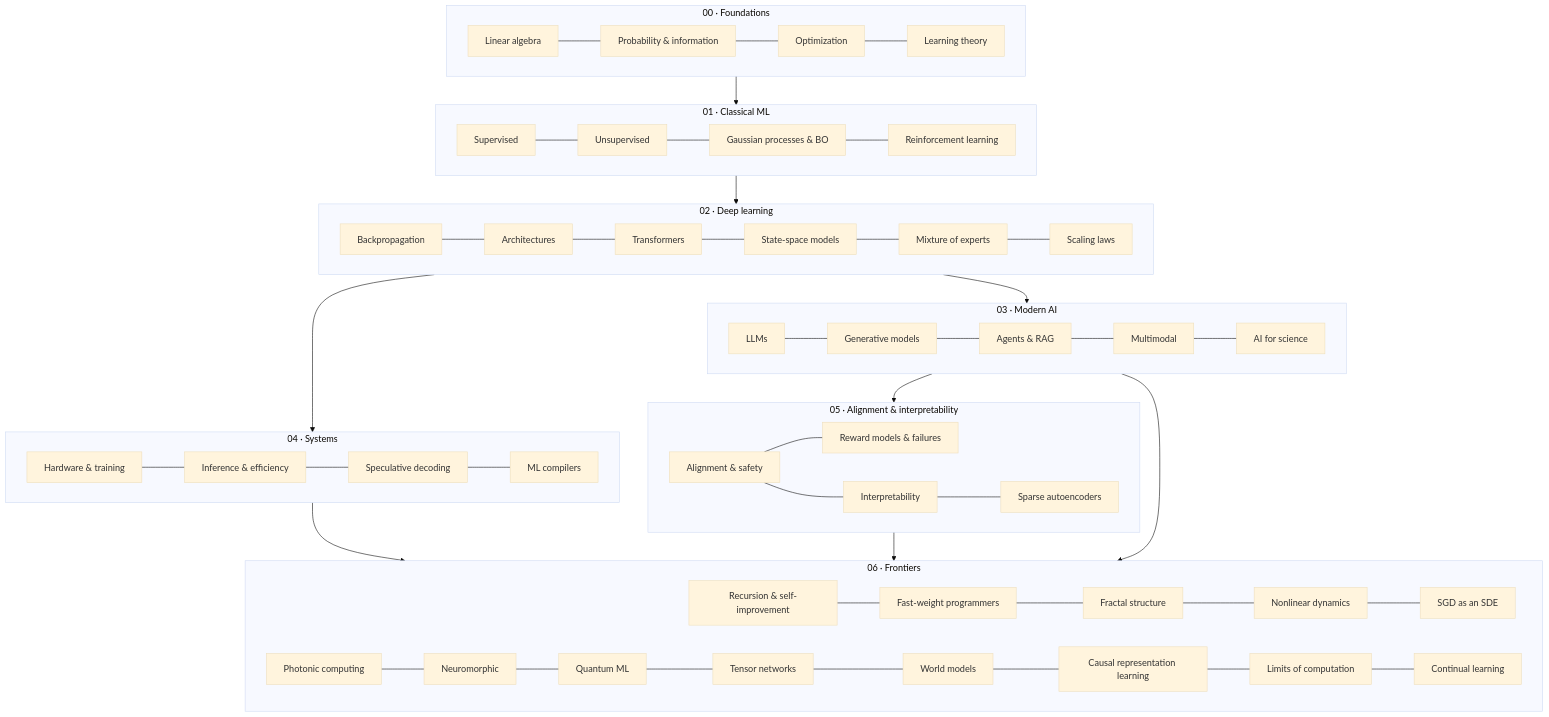
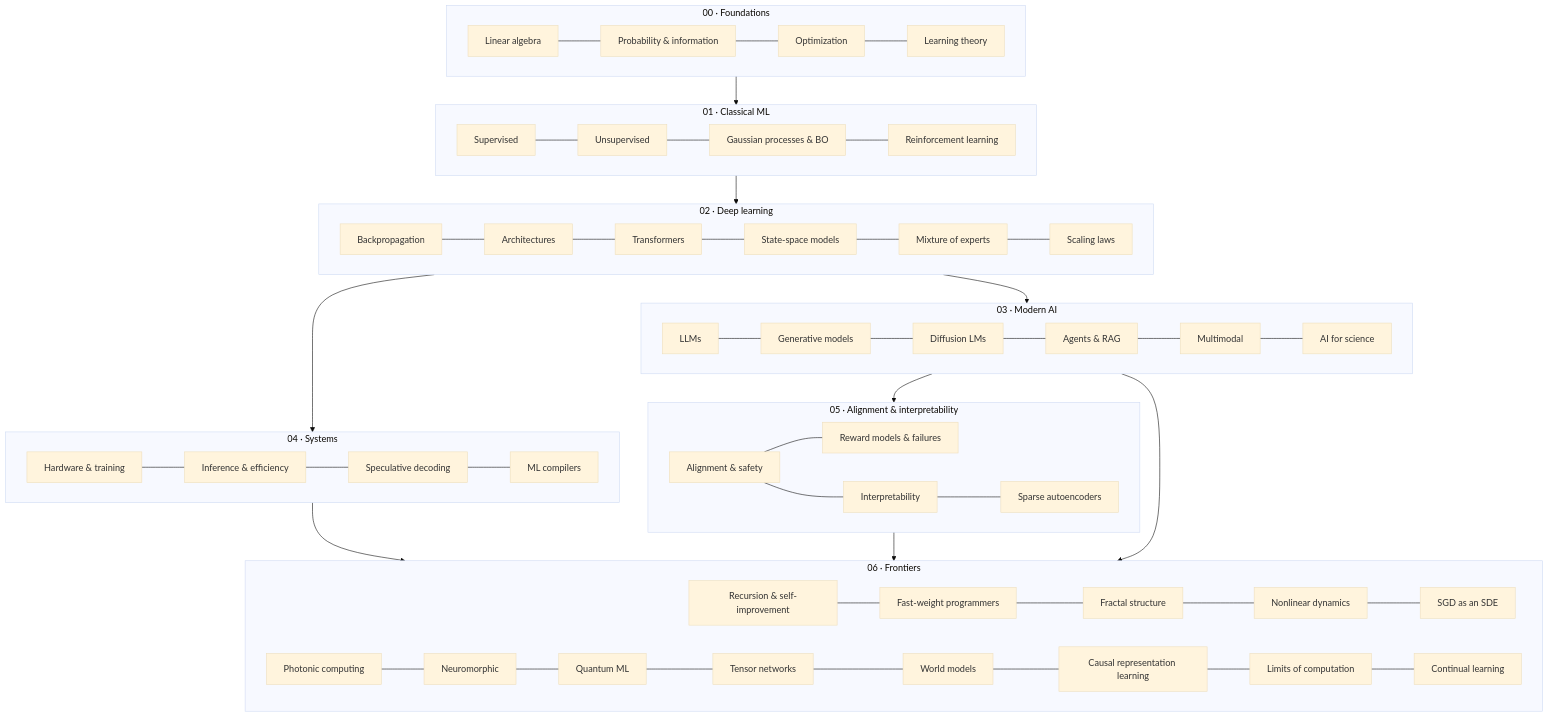
One commit to marcpoliquin5/understanding-ai changed the diagram in README.md. Above: the diagram before and after it, drawn with Mermaid (base theme). The commit also changed other lines of this file and 6 other files, not shown here.

Commit message:
Add Diffusion language models page (Modern AI) with tested sketch and 30 new checked references

````diff
--- a/README.md
+++ b/README.md
@@ -30,32 +30,32 @@
 ```mermaid
 flowchart TB
     subgraph F[00 · Foundations]
         F1[Linear algebra] --- F2[Probability & information] --- F3[Optimization] --- F4[Learning theory]
     end
     subgraph C[01 · Classical ML]
         C1[Supervised] --- C2[Unsupervised] --- C4[Gaussian processes & BO] --- C3[Reinforcement learning]
     end
     subgraph D[02 · Deep learning]
         D1[Backpropagation] --- D2[Architectures] --- D3[Transformers] --- D6[State-space models] --- D5[Mixture of experts] --- D4[Scaling laws]
     end
     subgraph M[03 · Modern AI]
-        M1[LLMs] --- M2[Generative models] --- M3[Agents & RAG] --- M4[Multimodal] --- M5[AI for science]
+        M1[LLMs] --- M2[Generative models] --- M2b[Diffusion LMs] --- M3[Agents & RAG] --- M4[Multimodal] --- M5[AI for science]
     end
     subgraph S[04 · Systems]
         S1[Hardware & training] --- S2[Inference & efficiency] --- S4[Speculative decoding] --- S3[ML compilers]
     end
     subgraph A[05 · Alignment & interpretability]
         A1[Alignment & safety] --- A3[Reward models & failures]
         A1 --- A2[Interpretability] --- A4[Sparse autoencoders]
     end
     subgraph X[06 · Frontiers]
         X1[Recursion & self-improvement] --- X1b[Fast-weight programmers] --- X2[Fractal structure] --- X3[Nonlinear dynamics] --- X3b[SGD as an SDE]
         X4[Photonic computing] --- X5[Neuromorphic] --- X6[Quantum ML] --- X6b[Tensor networks] --- X7[World models] --- X7b[Causal representation learning] --- X8[Limits of computation] --- X9[Continual learning]
     end
     F --> C --> D --> M
     D --> S
     M --> A
     S --> X
     A --> X
     M --> X
 ```
````
